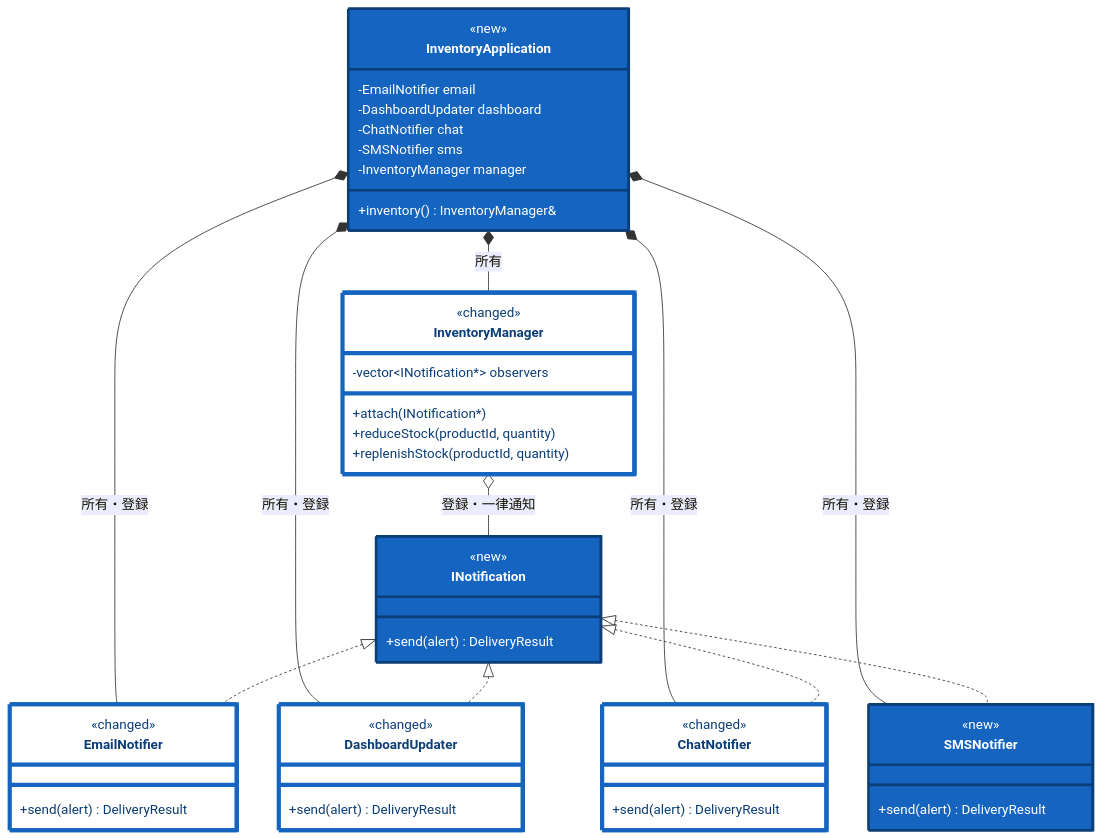
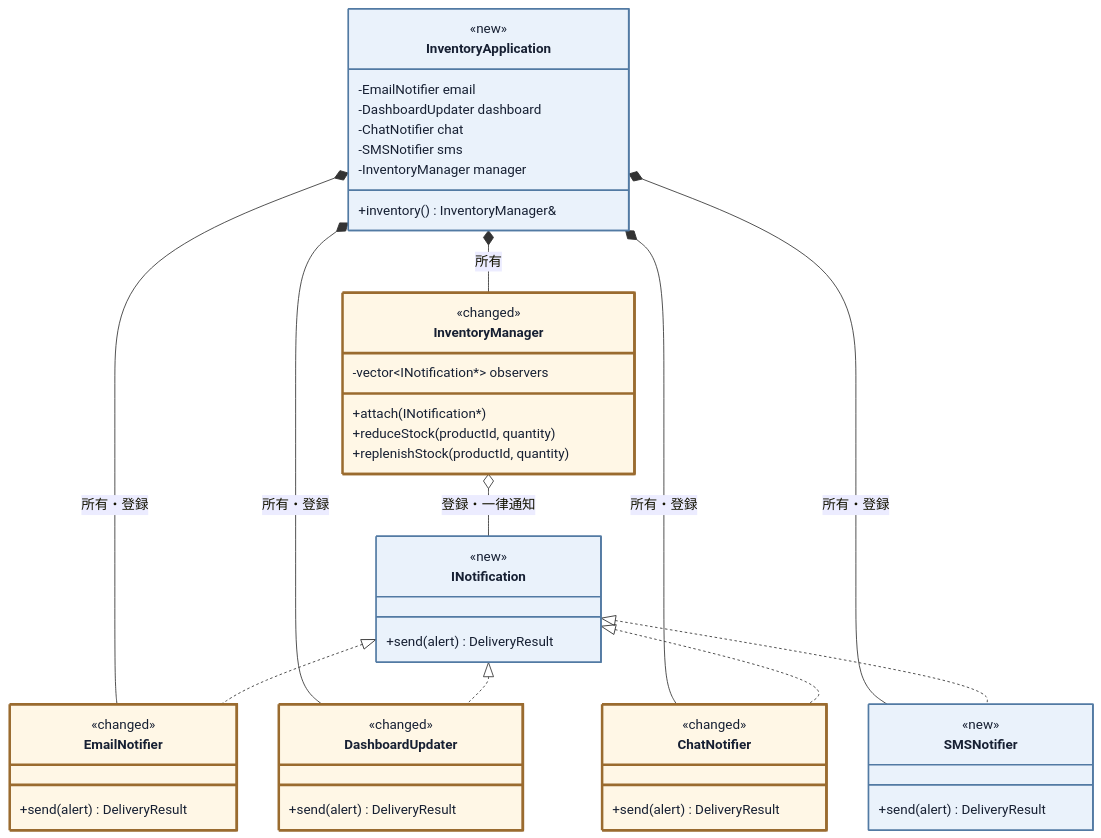
Diagram 11 of 17 in kindle/design-patterns/books/volume01-core-patterns/output/05-chapter03.md (kumachan1101-pixel/DesignPattern), drawn with Mermaid before and after one commit. The commit also changed other lines of this file and 16 other files, not shown here.

````diff
--- a/kindle/design-patterns/books/volume01-core-patterns/output/05-chapter03.md
+++ b/kindle/design-patterns/books/volume01-core-patterns/output/05-chapter03.md
@@ -2243,54 +2237,54 @@
 ```mermaid
 classDiagram
     direction TB
     class InventoryManager:::touched {
         <<changed>>
         -vector~INotification*~ observers
         +attach(INotification*)
         +reduceStock(productId, quantity)
         +replenishStock(productId, quantity)
     }
     class INotification:::added {
         <<new>>
         <<interface>>
         +send(alert) DeliveryResult
     }
     class EmailNotifier:::touched {
         <<changed>>
         +send(alert) DeliveryResult
     }
     class DashboardUpdater:::touched {
         <<changed>>
         +send(alert) DeliveryResult
     }
     class ChatNotifier:::touched {
         <<changed>>
         +send(alert) DeliveryResult
     }
     class SMSNotifier:::added {
         <<new>>
         +send(alert) DeliveryResult
     }
     class InventoryApplication:::added {
         <<new>>
         -EmailNotifier email
         -DashboardUpdater dashboard
         -ChatNotifier chat
         -SMSNotifier sms
         -InventoryManager manager
         +inventory() InventoryManager&
     }
     InventoryApplication *-- InventoryManager : 所有
     InventoryApplication *-- EmailNotifier : 所有・登録
     InventoryApplication *-- DashboardUpdater : 所有・登録
     InventoryApplication *-- ChatNotifier : 所有・登録
     InventoryApplication *-- SMSNotifier : 所有・登録
     InventoryManager o-- INotification : 登録・一律通知
     INotification <|.. EmailNotifier
     INotification <|.. DashboardUpdater
     INotification <|.. ChatNotifier
     INotification <|.. SMSNotifier
 
-    classDef added fill:#1565c0,stroke:#0b3d76,stroke-width:3px,color:#ffffff;
-    classDef touched fill:#ffffff,stroke:#1565c0,stroke-width:5px,color:#0b3d76;
+    classDef added fill:#eaf2fb,stroke:#527aa3,stroke-width:2px,color:#172033;
+    classDef touched fill:#fff7e6,stroke:#9a6b2f,stroke-width:3px,color:#172033;
 ```
````
